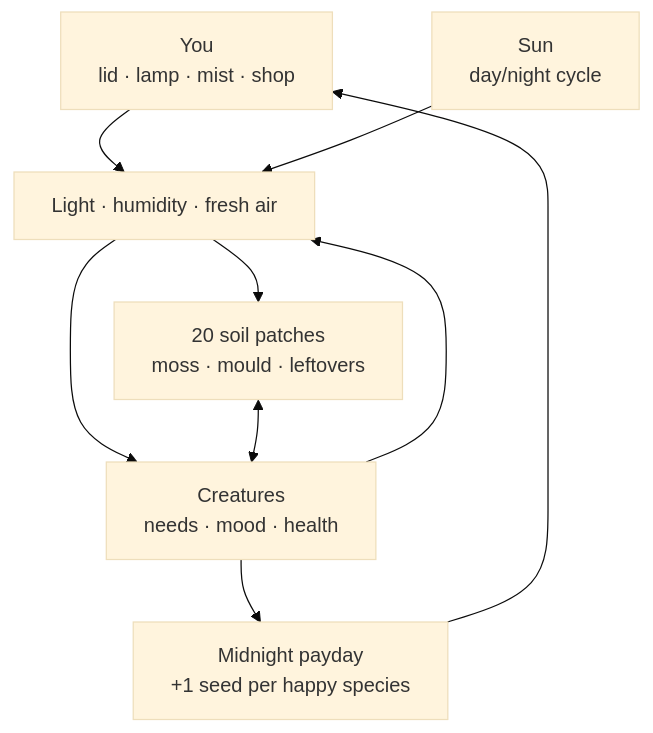
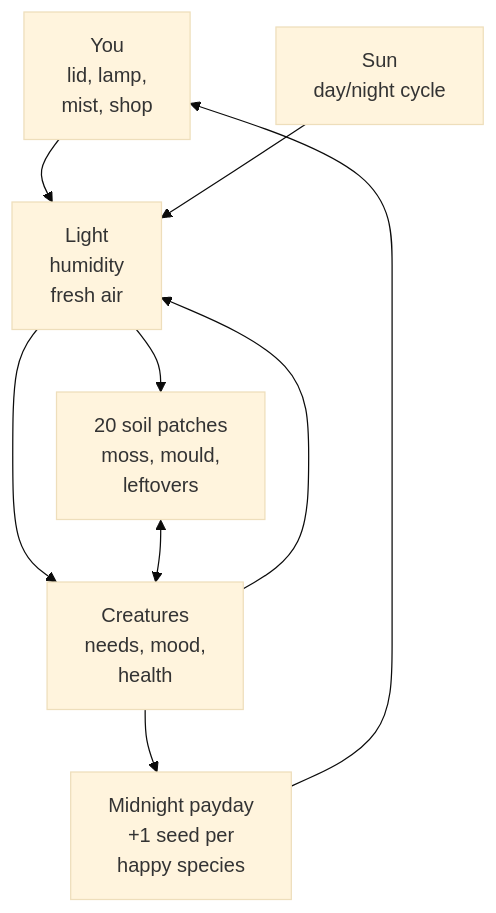
Before and after one commit to GianneAngely/jar-garden: the diagram in README.md, drawn with Mermaid (base theme).

Commit message:
README: shorter diagram lines so no label is cut off

````diff
--- a/README.md
+++ b/README.md
@@ -17,11 +17,11 @@
 ```mermaid
 flowchart TB
-  you[You<br/>lid · lamp · mist · shop] --> env
+  you[You<br/>lid, lamp,<br/>mist, shop] --> env
   sun[Sun<br/>day/night cycle] --> env
-  env[Light · humidity · fresh air] --> soil[20 soil patches<br/>moss · mould · leftovers]
-  env --> life[Creatures<br/>needs · mood · health]
+  env[Light<br/>humidity<br/>fresh air] --> soil[20 soil patches<br/>moss, mould,<br/>leftovers]
+  env --> life[Creatures<br/>needs, mood,<br/>health]
   soil <--> life
   life --> env
-  life --> pay[Midnight payday<br/>+1 seed per happy species]
+  life --> pay[Midnight payday<br/>+1 seed per<br/>happy species]
   pay --> you
 ```
````
